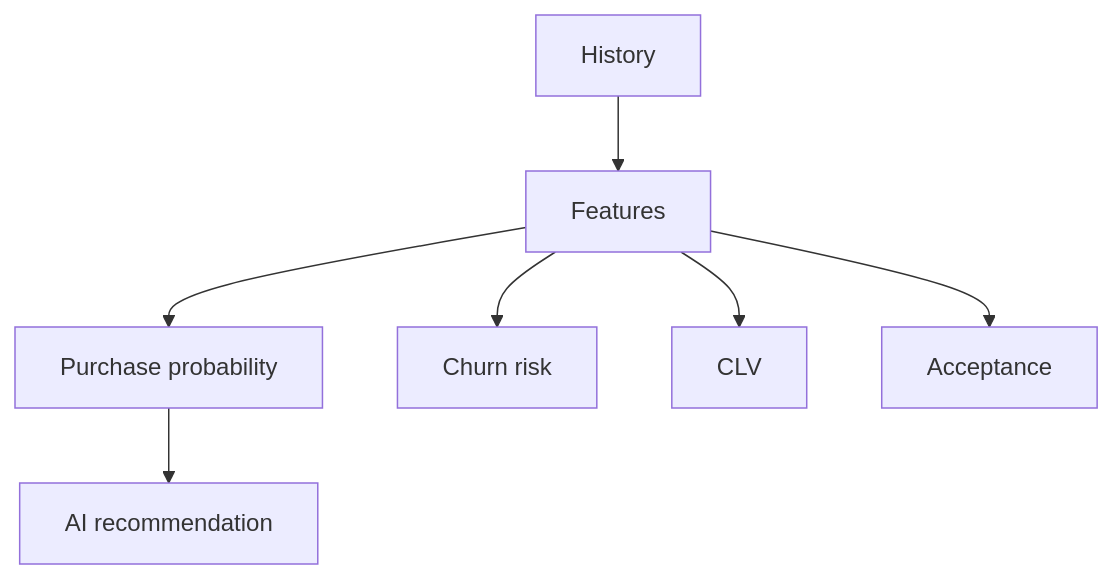
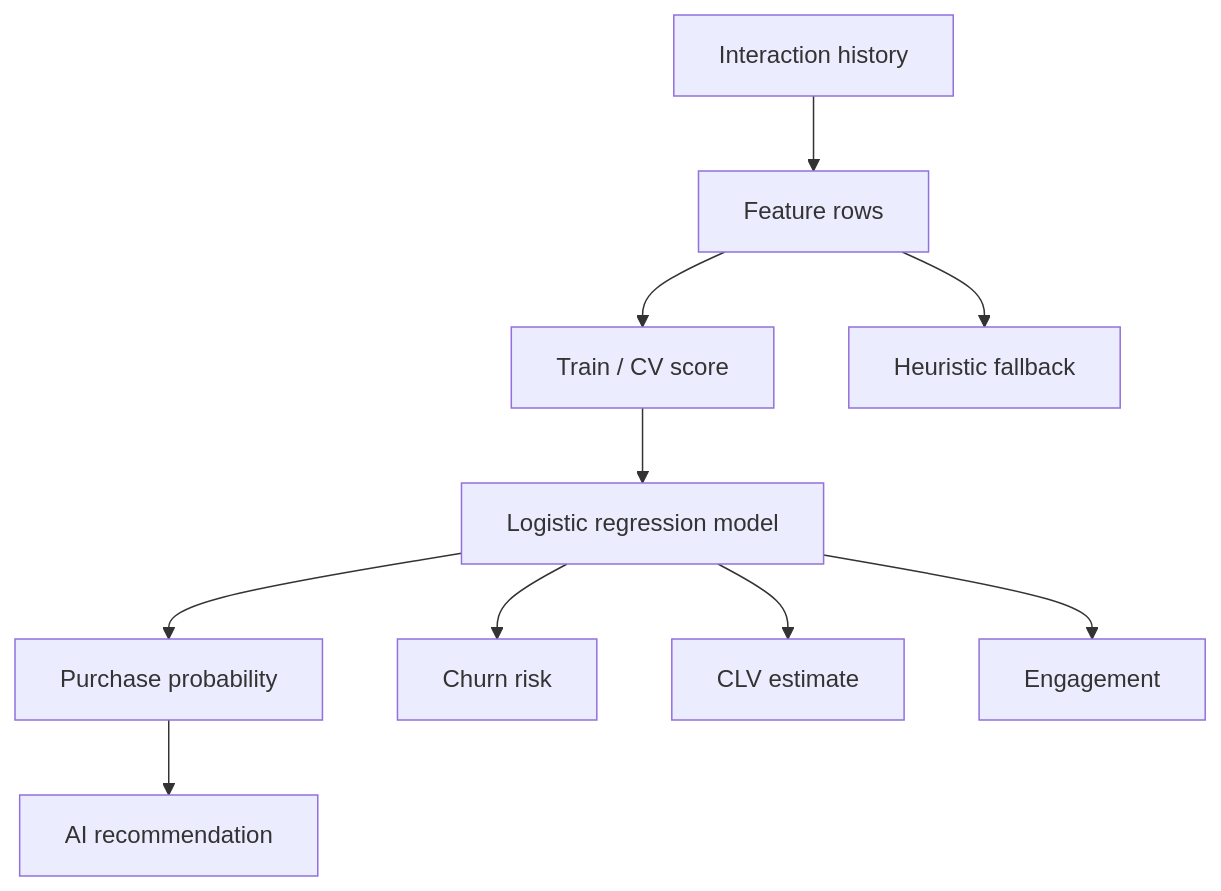
The diagram in docs/architecture/12-predictive-customer-intelligence.md (Gags-31/HubSpot-AI-CRM), drawn with Mermaid before and after one commit. The commit also changed other lines of this file and 62 other files, not shown here.

````diff
--- a/docs/architecture/12-predictive-customer-intelligence.md
+++ b/docs/architecture/12-predictive-customer-intelligence.md
@@ -9,9 +9,12 @@
 ```mermaid
 flowchart TD
-  H[History] --> F[Features]
-  F --> M1[Purchase probability]
-  F --> M2[Churn risk]
-  F --> M3[CLV]
-  F --> M4[Acceptance]
-  M1 --> R[AI recommendation]
+  H[Interaction history] --> F[Feature rows]
+  F --> T[Train / CV score]
+  T --> M[Logistic regression model]
+  F --> H2[Heuristic fallback]
+  M --> P1[Purchase probability]
+  M --> P2[Churn risk]
+  M --> P3[CLV estimate]
+  M --> P4[Engagement]
+  P1 --> REC[AI recommendation]
 ```
````
